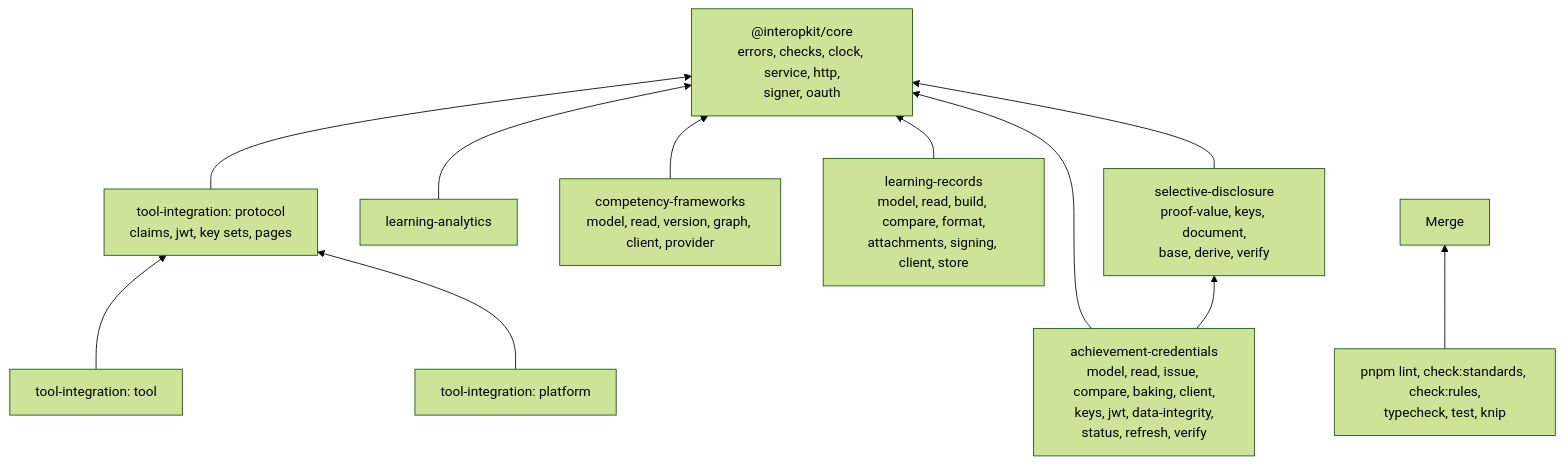
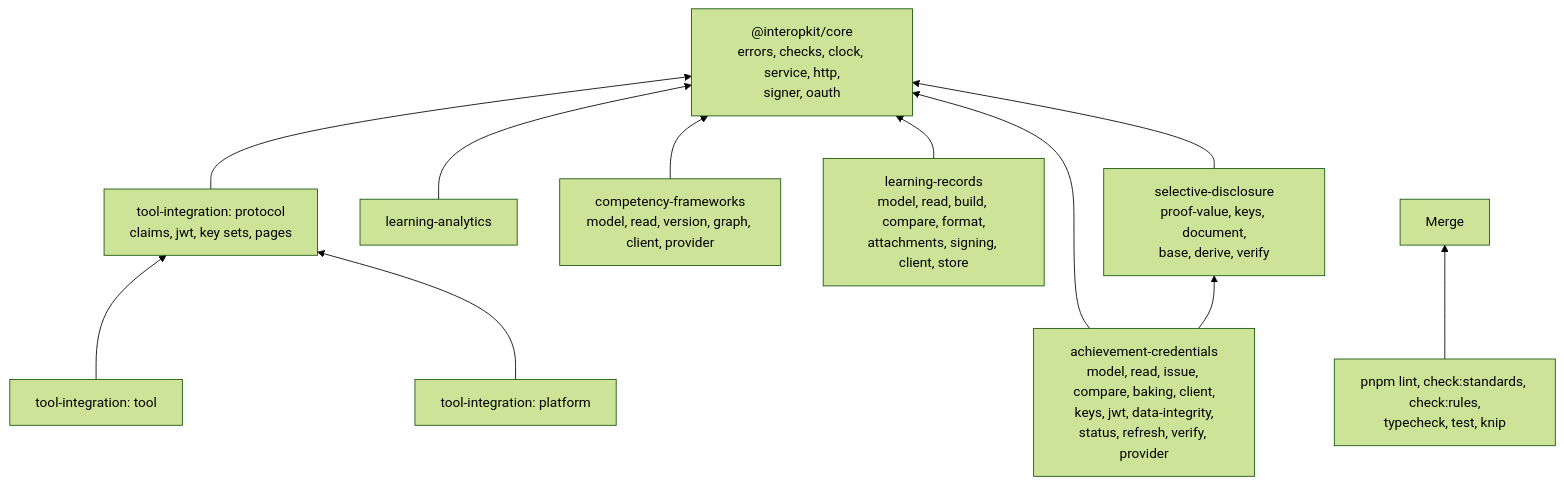
One commit to interopkit/interopkit changed the diagram in AGENTS.md. Above: the diagram before and after it, drawn with Mermaid (forest theme). The commit also changed other lines of this file and 40 other files, not shown here.

````diff
--- a/AGENTS.md
+++ b/AGENTS.md
@@ -15,22 +15,22 @@
 ```mermaid
 flowchart BT
   core["@interopkit/core<br/>errors, checks, clock, service, http,<br/>signer, oauth"]
   proto["tool-integration: protocol<br/>claims, jwt, key sets, pages"]
   tool["tool-integration: tool"]
   plat["tool-integration: platform"]
   la["learning-analytics"]
   cf["competency-frameworks<br/>model, read, version, graph, client, provider"]
   lr["learning-records<br/>model, read, build, compare, format,<br/>attachments, signing, client, store"]
   sd["selective-disclosure<br/>proof-value, keys, document,<br/>base, derive, verify"]
-  ac["achievement-credentials<br/>model, read, issue, compare, baking, client,<br/>keys, jwt, data-integrity,<br/>status, refresh, verify"]
+  ac["achievement-credentials<br/>model, read, issue, compare, baking, client,<br/>keys, jwt, data-integrity,<br/>status, refresh, verify, provider"]
   proto --> core
   tool --> proto
   plat --> proto
   la --> core
   cf --> core
   lr --> core
   sd --> core
   ac --> core
   ac --> sd
   gates["pnpm lint, check:standards, check:rules,<br/>typecheck, test, knip"] --> merge["Merge"]
 ```
````
